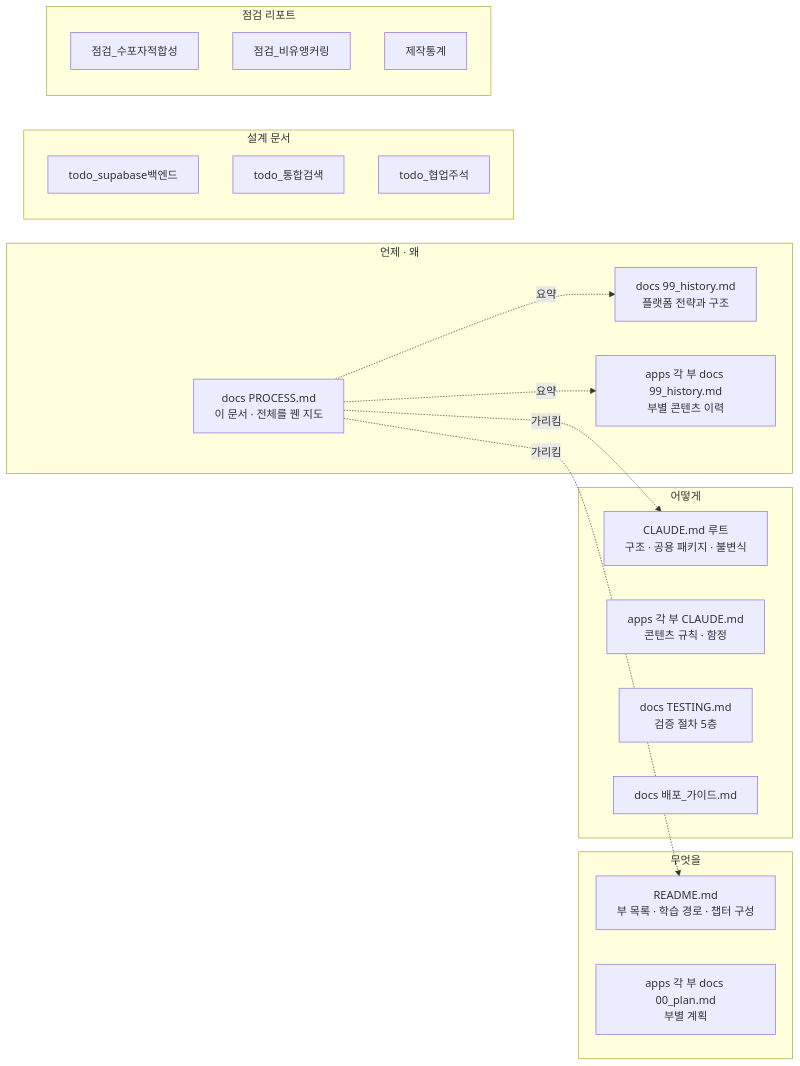
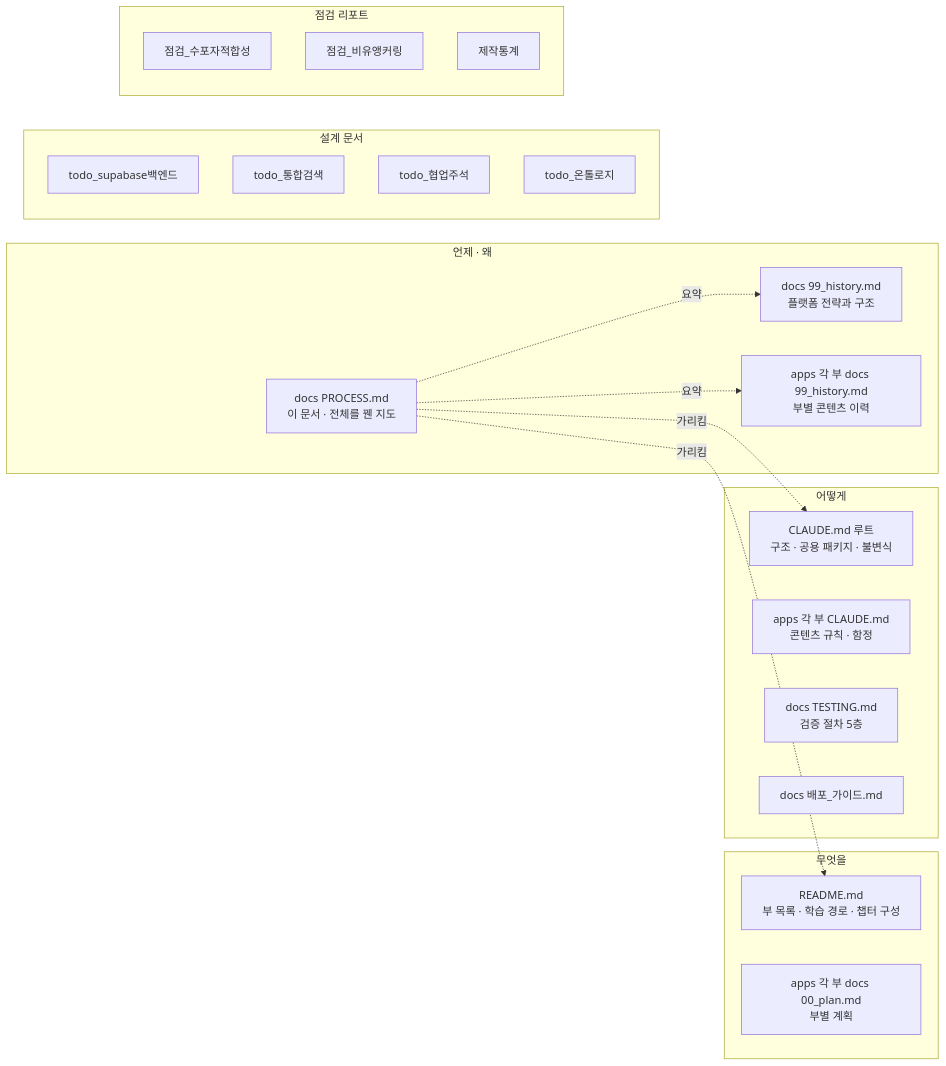
Before and after one commit to jiyupapa/math-platform: the sixth of 6 diagrams in docs/PROCESS.md, drawn with Mermaid. The commit also changed other lines of this file and 60 other files, not shown here.

````diff
--- a/docs/PROCESS.md
+++ b/docs/PROCESS.md
@@ -341,37 +342,38 @@
 ```mermaid
 flowchart LR
     subgraph what["무엇을"]
         readme["README.md<br/>부 목록 · 학습 경로 · 챕터 구성"]
         plan["apps 각 부 docs 00_plan.md<br/>부별 계획"]
     end
 
     subgraph how["어떻게"]
         claude["CLAUDE.md 루트<br/>구조 · 공용 패키지 · 불변식"]
         claudep["apps 각 부 CLAUDE.md<br/>콘텐츠 규칙 · 함정"]
         testing["docs TESTING.md<br/>검증 절차 5층"]
         deploy["docs 배포_가이드.md"]
     end
 
     subgraph when["언제 · 왜"]
         hist["docs 99_history.md<br/>플랫폼 전략과 구조"]
         histp["apps 각 부 docs 99_history.md<br/>부별 콘텐츠 이력"]
         this["docs PROCESS.md<br/>이 문서 · 전체를 꿴 지도"]
     end
 
     subgraph design["설계 문서"]
         d1["todo_supabase백엔드"]
         d2["todo_통합검색"]
         d3["todo_협업주석"]
+        d4["todo_온톨로지"]
     end
 
     subgraph audit["점검 리포트"]
         a1["점검_수포자적합성"]
         a2["점검_비유앵커링"]
         a3["제작통계"]
     end
 
     this -.요약.-> hist
     this -.요약.-> histp
     this -.가리킴.-> claude
     this -.가리킴.-> readme
 ```
````
